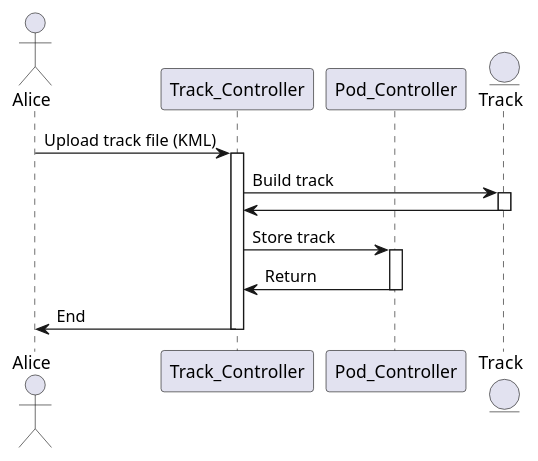
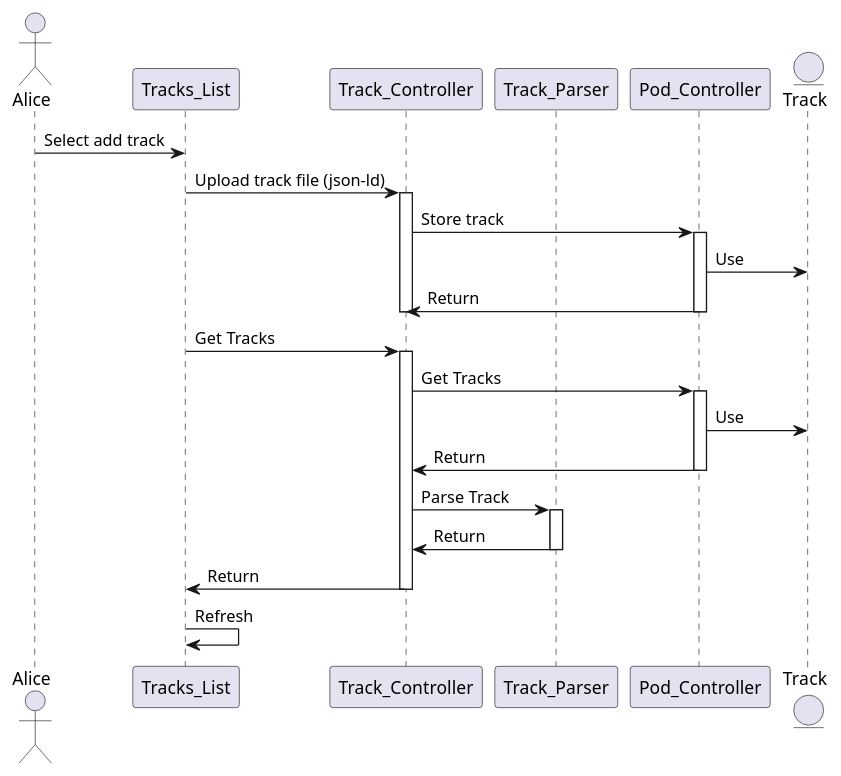
The diagram in src/docs/06_runtime_view.adoc (Arquisoft/viade_en1a), drawn with PlantUML before and after one commit. The commit also changed other lines of this file, not shown here.

```diff
--- a/src/docs/06_runtime_view.adoc
+++ b/src/docs/06_runtime_view.adoc
@@ -38,23 +38,39 @@
 [plantuml,"Sequence diagram 1",png]
 ----
 actor Alice
+participant Tracks_List
 participant Track_Controller
+participant Track_Parser
 participant Pod_Controller
 entity Track
 
-Alice -> Track_Controller: Upload track file (KML)
+Alice -> Tracks_List: Select add track
+
+Tracks_List -> Track_Controller: Upload track file (json-ld)
 activate Track_Controller
 
-Track_Controller -> Track: Build track
-activate Track
-Track -> Track_Controller
-deactivate Track
+
 
 Track_Controller -> Pod_Controller: Store track
 activate Pod_Controller
+Pod_Controller -> Track :Use
 Pod_Controller -> Track_Controller: Return
 deactivate Pod_Controller
+deactivate Track_Controller
 
-Track_Controller -> Alice : End
+
+Tracks_List -> Track_Controller :Get Tracks
+activate Track_Controller
+Track_Controller -> Pod_Controller :Get Tracks
+activate Pod_Controller
+Pod_Controller -> Track :Use
+Pod_Controller -> Track_Controller: Return
+deactivate Pod_Controller
+Track_Controller -> Track_Parser :Parse Track
+activate Track_Parser
+Track_Parser -> Track_Controller :Return
+deactivate Track_Parser
+Track_Controller -> Tracks_List: Return
 deactivate Track_Controller
+Tracks_List -> Tracks_List :Refresh
 ----
```
